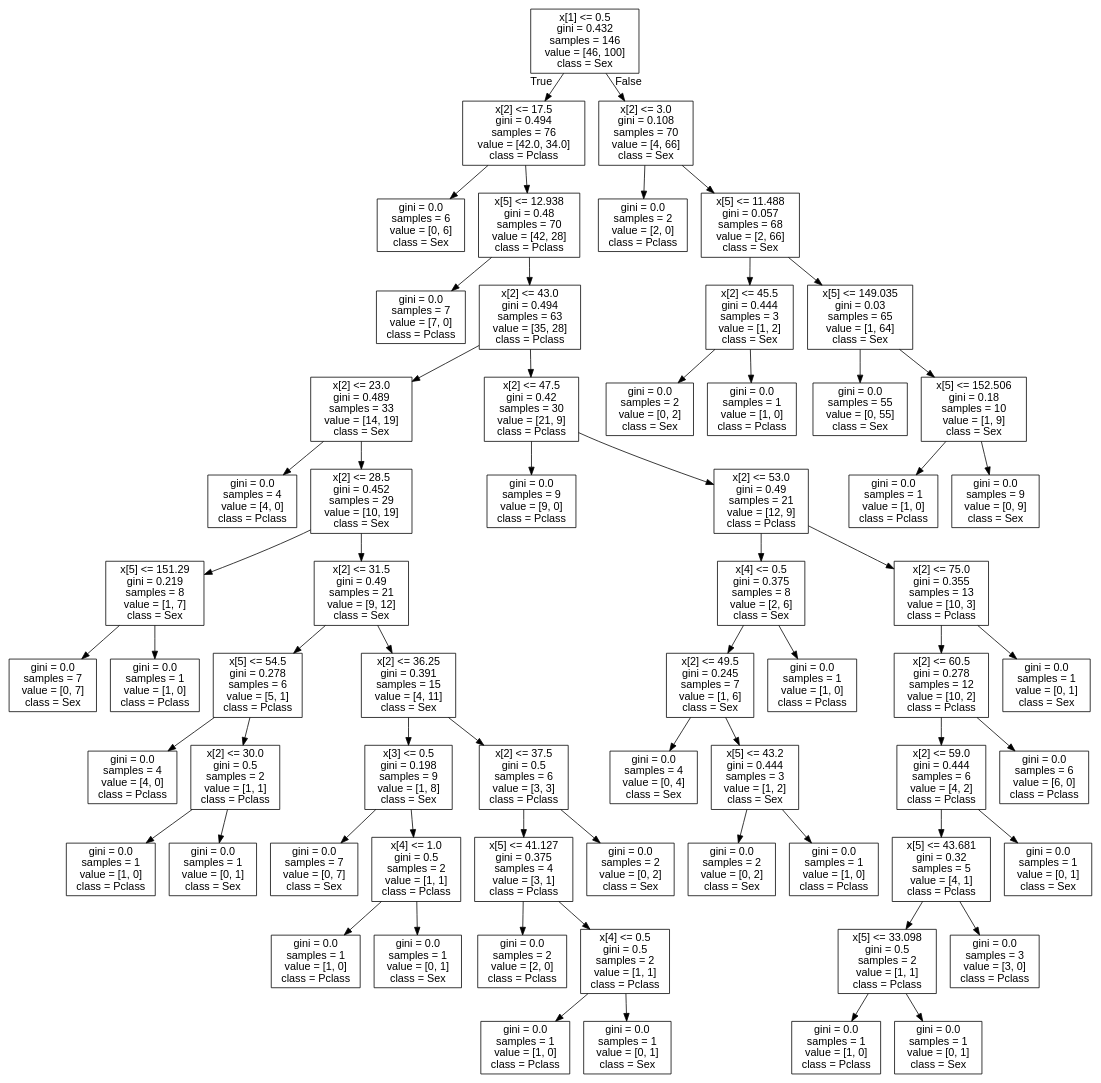
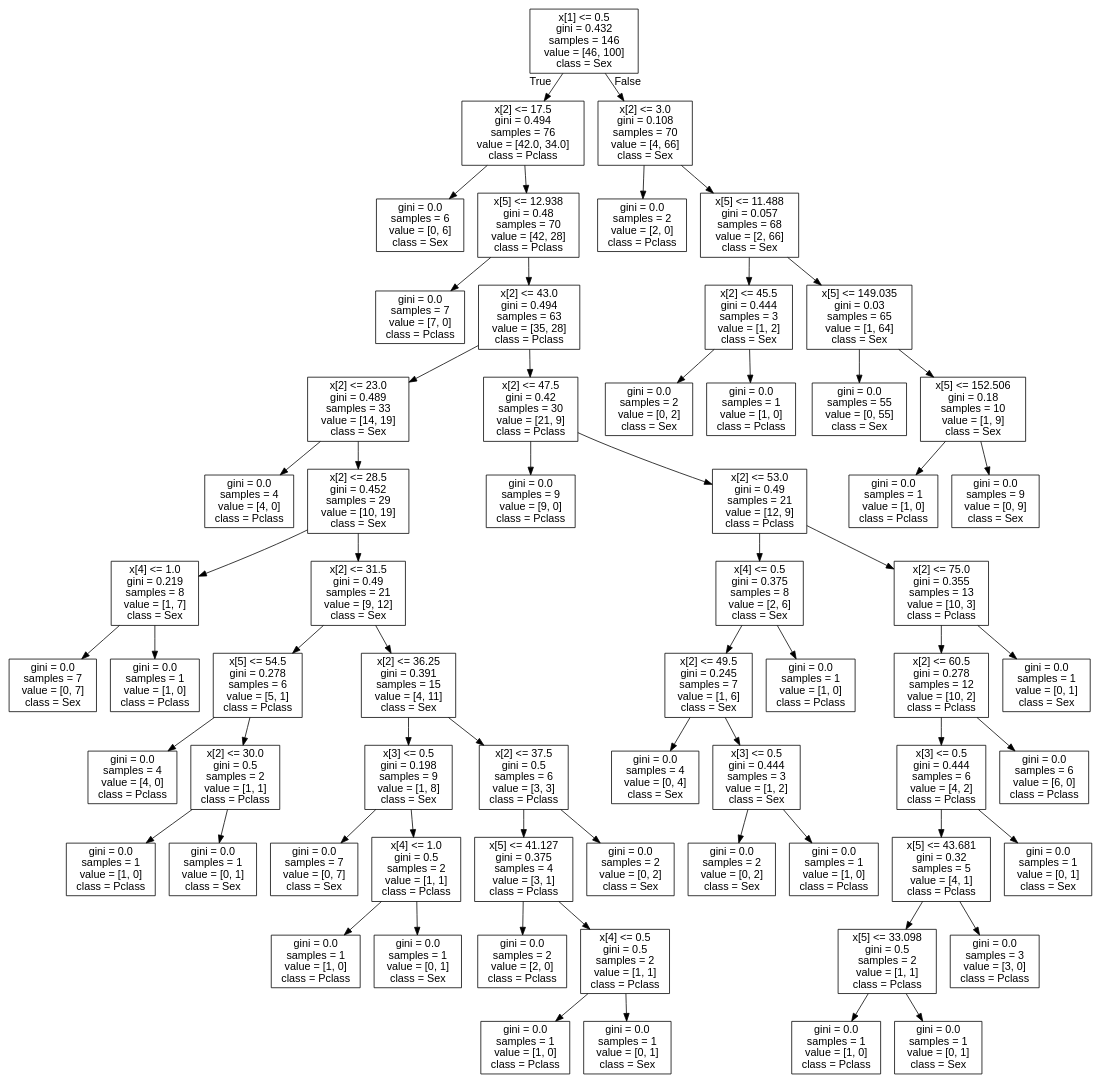
Before and after one commit to Clear-head/hipython_repo: the diagram in tree2.dot, drawn with Graphviz. The commit also changed 33 other files, not shown here.

```diff
--- a/tree2.dot
+++ b/tree2.dot
@@ -1,129 +1,129 @@
 digraph Tree {
 node [shape=box, fontname="helvetica"] ;
 edge [fontname="helvetica"] ;
 0 [label="x[1] <= 0.5\ngini = 0.432\nsamples = 146\nvalue = [46, 100]\nclass = Sex"] ;
 1 [label="x[2] <= 17.5\ngini = 0.494\nsamples = 76\nvalue = [42.0, 34.0]\nclass = Pclass"] ;
 0 -> 1 [labeldistance=2.5, labelangle=45, headlabel="True"] ;
 2 [label="gini = 0.0\nsamples = 6\nvalue = [0, 6]\nclass = Sex"] ;
 1 -> 2 ;
 3 [label="x[5] <= 12.938\ngini = 0.48\nsamples = 70\nvalue = [42, 28]\nclass = Pclass"] ;
 1 -> 3 ;
 4 [label="gini = 0.0\nsamples = 7\nvalue = [7, 0]\nclass = Pclass"] ;
 3 -> 4 ;
 5 [label="x[2] <= 43.0\ngini = 0.494\nsamples = 63\nvalue = [35, 28]\nclass = Pclass"] ;
 3 -> 5 ;
 6 [label="x[2] <= 23.0\ngini = 0.489\nsamples = 33\nvalue = [14, 19]\nclass = Sex"] ;
 5 -> 6 ;
 7 [label="gini = 0.0\nsamples = 4\nvalue = [4, 0]\nclass = Pclass"] ;
 6 -> 7 ;
 8 [label="x[2] <= 28.5\ngini = 0.452\nsamples = 29\nvalue = [10, 19]\nclass = Sex"] ;
 6 -> 8 ;
-9 [label="x[5] <= 151.29\ngini = 0.219\nsamples = 8\nvalue = [1, 7]\nclass = Sex"] ;
+9 [label="x[4] <= 1.0\ngini = 0.219\nsamples = 8\nvalue = [1, 7]\nclass = Sex"] ;
 8 -> 9 ;
 10 [label="gini = 0.0\nsamples = 7\nvalue = [0, 7]\nclass = Sex"] ;
 9 -> 10 ;
 11 [label="gini = 0.0\nsamples = 1\nvalue = [1, 0]\nclass = Pclass"] ;
 9 -> 11 ;
 12 [label="x[2] <= 31.5\ngini = 0.49\nsamples = 21\nvalue = [9, 12]\nclass = Sex"] ;
 8 -> 12 ;
 13 [label="x[5] <= 54.5\ngini = 0.278\nsamples = 6\nvalue = [5, 1]\nclass = Pclass"] ;
 12 -> 13 ;
 14 [label="gini = 0.0\nsamples = 4\nvalue = [4, 0]\nclass = Pclass"] ;
 13 -> 14 ;
 15 [label="x[2] <= 30.0\ngini = 0.5\nsamples = 2\nvalue = [1, 1]\nclass = Pclass"] ;
 13 -> 15 ;
 16 [label="gini = 0.0\nsamples = 1\nvalue = [1, 0]\nclass = Pclass"] ;
 15 -> 16 ;
 17 [label="gini = 0.0\nsamples = 1\nvalue = [0, 1]\nclass = Sex"] ;
 15 -> 17 ;
 18 [label="x[2] <= 36.25\ngini = 0.391\nsamples = 15\nvalue = [4, 11]\nclass = Sex"] ;
 12 -> 18 ;
 19 [label="x[3] <= 0.5\ngini = 0.198\nsamples = 9\nvalue = [1, 8]\nclass = Sex"] ;
 18 -> 19 ;
 20 [label="gini = 0.0\nsamples = 7\nvalue = [0, 7]\nclass = Sex"] ;
 19 -> 20 ;
 21 [label="x[4] <= 1.0\ngini = 0.5\nsamples = 2\nvalue = [1, 1]\nclass = Pclass"] ;
 19 -> 21 ;
 22 [label="gini = 0.0\nsamples = 1\nvalue = [1, 0]\nclass = Pclass"] ;
 21 -> 22 ;
 23 [label="gini = 0.0\nsamples = 1\nvalue = [0, 1]\nclass = Sex"] ;
 21 -> 23 ;
 24 [label="x[2] <= 37.5\ngini = 0.5\nsamples = 6\nvalue = [3, 3]\nclass = Pclass"] ;
 18 -> 24 ;
 25 [label="x[5] <= 41.127\ngini = 0.375\nsamples = 4\nvalue = [3, 1]\nclass = Pclass"] ;
 24 -> 25 ;
 26 [label="gini = 0.0\nsamples = 2\nvalue = [2, 0]\nclass = Pclass"] ;
 25 -> 26 ;
 27 [label="x[4] <= 0.5\ngini = 0.5\nsamples = 2\nvalue = [1, 1]\nclass = Pclass"] ;
 25 -> 27 ;
 28 [label="gini = 0.0\nsamples = 1\nvalue = [1, 0]\nclass = Pclass"] ;
 27 -> 28 ;
 29 [label="gini = 0.0\nsamples = 1\nvalue = [0, 1]\nclass = Sex"] ;
 27 -> 29 ;
 30 [label="gini = 0.0\nsamples = 2\nvalue = [0, 2]\nclass = Sex"] ;
 24 -> 30 ;
 31 [label="x[2] <= 47.5\ngini = 0.42\nsamples = 30\nvalue = [21, 9]\nclass = Pclass"] ;
 5 -> 31 ;
 32 [label="gini = 0.0\nsamples = 9\nvalue = [9, 0]\nclass = Pclass"] ;
 31 -> 32 ;
 33 [label="x[2] <= 53.0\ngini = 0.49\nsamples = 21\nvalue = [12, 9]\nclass = Pclass"] ;
 31 -> 33 ;
 34 [label="x[4] <= 0.5\ngini = 0.375\nsamples = 8\nvalue = [2, 6]\nclass = Sex"] ;
 33 -> 34 ;
 35 [label="x[2] <= 49.5\ngini = 0.245\nsamples = 7\nvalue = [1, 6]\nclass = Sex"] ;
 34 -> 35 ;
 36 [label="gini = 0.0\nsamples = 4\nvalue = [0, 4]\nclass = Sex"] ;
 35 -> 36 ;
-37 [label="x[5] <= 43.2\ngini = 0.444\nsamples = 3\nvalue = [1, 2]\nclass = Sex"] ;
+37 [label="x[3] <= 0.5\ngini = 0.444\nsamples = 3\nvalue = [1, 2]\nclass = Sex"] ;
 35 -> 37 ;
 38 [label="gini = 0.0\nsamples = 2\nvalue = [0, 2]\nclass = Sex"] ;
 37 -> 38 ;
 39 [label="gini = 0.0\nsamples = 1\nvalue = [1, 0]\nclass = Pclass"] ;
 37 -> 39 ;
 40 [label="gini = 0.0\nsamples = 1\nvalue = [1, 0]\nclass = Pclass"] ;
 34 -> 40 ;
 41 [label="x[2] <= 75.0\ngini = 0.355\nsamples = 13\nvalue = [10, 3]\nclass = Pclass"] ;
 33 -> 41 ;
 42 [label="x[2] <= 60.5\ngini = 0.278\nsamples = 12\nvalue = [10, 2]\nclass = Pclass"] ;
 41 -> 42 ;
-43 [label="x[2] <= 59.0\ngini = 0.444\nsamples = 6\nvalue = [4, 2]\nclass = Pclass"] ;
+43 [label="x[3] <= 0.5\ngini = 0.444\nsamples = 6\nvalue = [4, 2]\nclass = Pclass"] ;
 42 -> 43 ;
 44 [label="x[5] <= 43.681\ngini = 0.32\nsamples = 5\nvalue = [4, 1]\nclass = Pclass"] ;
 43 -> 44 ;
 45 [label="x[5] <= 33.098\ngini = 0.5\nsamples = 2\nvalue = [1, 1]\nclass = Pclass"] ;
 44 -> 45 ;
 46 [label="gini = 0.0\nsamples = 1\nvalue = [1, 0]\nclass = Pclass"] ;
 45 -> 46 ;
 47 [label="gini = 0.0\nsamples = 1\nvalue = [0, 1]\nclass = Sex"] ;
 45 -> 47 ;
 48 [label="gini = 0.0\nsamples = 3\nvalue = [3, 0]\nclass = Pclass"] ;
 44 -> 48 ;
 49 [label="gini = 0.0\nsamples = 1\nvalue = [0, 1]\nclass = Sex"] ;
 43 -> 49 ;
 50 [label="gini = 0.0\nsamples = 6\nvalue = [6, 0]\nclass = Pclass"] ;
 42 -> 50 ;
 51 [label="gini = 0.0\nsamples = 1\nvalue = [0, 1]\nclass = Sex"] ;
 41 -> 51 ;
 52 [label="x[2] <= 3.0\ngini = 0.108\nsamples = 70\nvalue = [4, 66]\nclass = Sex"] ;
 0 -> 52 [labeldistance=2.5, labelangle=-45, headlabel="False"] ;
 53 [label="gini = 0.0\nsamples = 2\nvalue = [2, 0]\nclass = Pclass"] ;
 52 -> 53 ;
 54 [label="x[5] <= 11.488\ngini = 0.057\nsamples = 68\nvalue = [2, 66]\nclass = Sex"] ;
 52 -> 54 ;
 55 [label="x[2] <= 45.5\ngini = 0.444\nsamples = 3\nvalue = [1, 2]\nclass = Sex"] ;
 54 -> 55 ;
 56 [label="gini = 0.0\nsamples = 2\nvalue = [0, 2]\nclass = Sex"] ;
 55 -> 56 ;
 57 [label="gini = 0.0\nsamples = 1\nvalue = [1, 0]\nclass = Pclass"] ;
 55 -> 57 ;
 58 [label="x[5] <= 149.035\ngini = 0.03\nsamples = 65\nvalue = [1, 64]\nclass = Sex"] ;
 54 -> 58 ;
 59 [label="gini = 0.0\nsamples = 55\nvalue = [0, 55]\nclass = Sex"] ;
 58 -> 59 ;
 60 [label="x[5] <= 152.506\ngini = 0.18\nsamples = 10\nvalue = [1, 9]\nclass = Sex"] ;
 58 -> 60 ;
 61 [label="gini = 0.0\nsamples = 1\nvalue = [1, 0]\nclass = Pclass"] ;
 60 -> 61 ;
 62 [label="gini = 0.0\nsamples = 9\nvalue = [0, 9]\nclass = Sex"] ;
 60 -> 62 ;
 }
```
